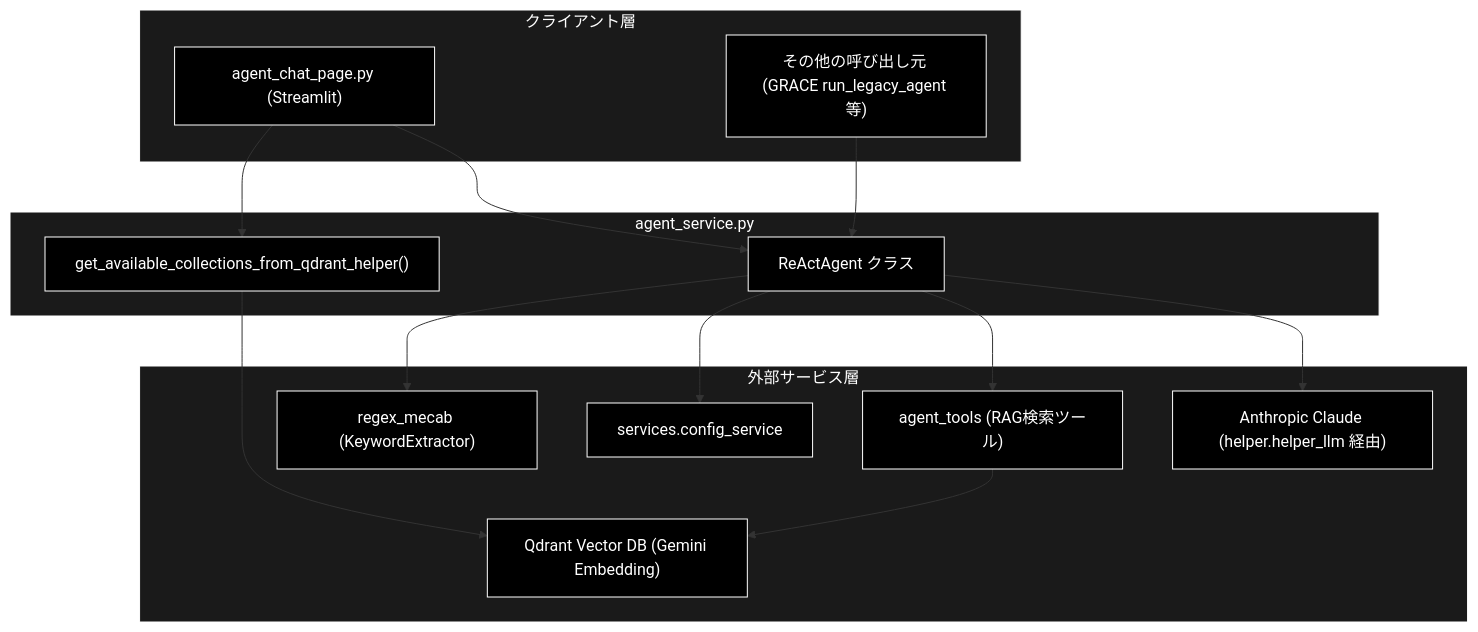
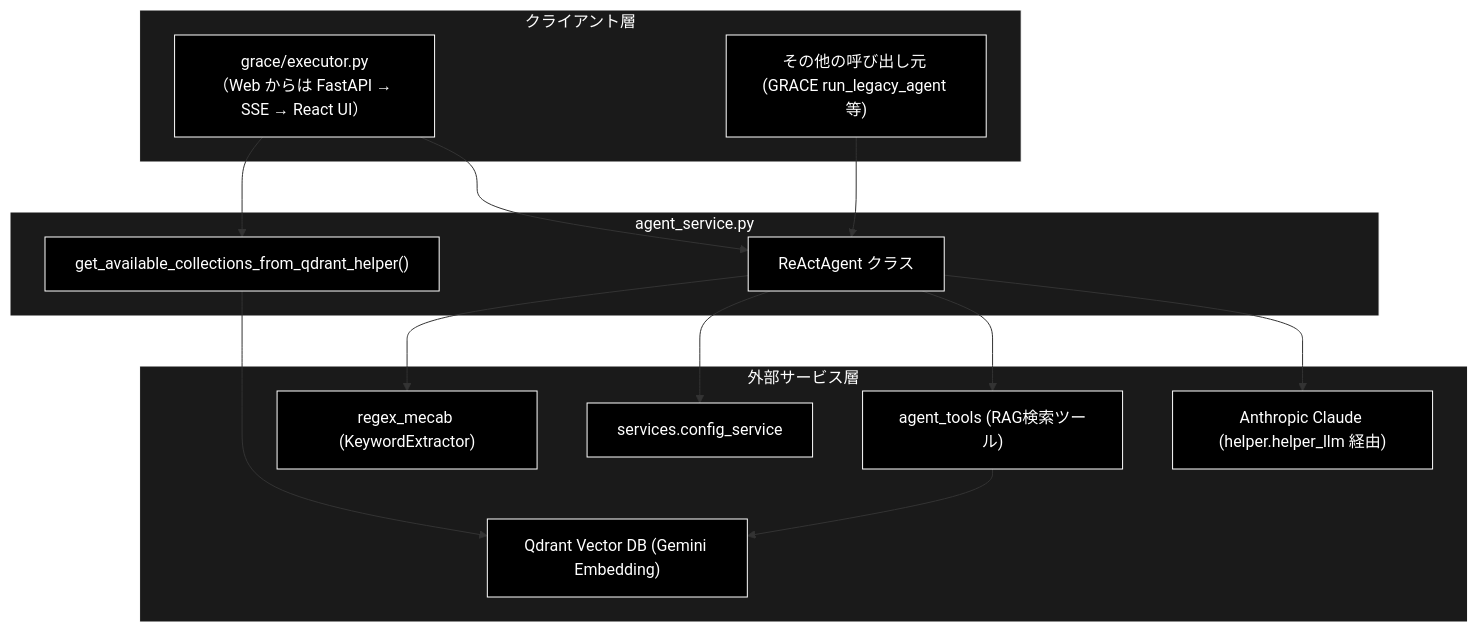
The first of 3 diagrams in services/docs/agent_service.md (nakashima2toshio/grace_v2), drawn with Mermaid before and after one commit. The commit also changed other lines of this file and 12 other files, not shown here.

````diff
--- a/services/docs/agent_service.md
+++ b/services/docs/agent_service.md
@@ -71,36 +71,36 @@
 ```mermaid
 flowchart TB
     subgraph CLIENT["クライアント層"]
-        UI["agent_chat_page.py (Streamlit)"]
+        UI["grace/executor.py<br>（Web からは FastAPI → SSE → React UI）"]
         OTHER["その他の呼び出し元 (GRACE run_legacy_agent 等)"]
     end
 
     subgraph MODULE["agent_service.py"]
         AGENT["ReActAgent クラス"]
         HELPER["get_available_collections_from_qdrant_helper()"]
     end
 
     subgraph EXTERNAL["外部サービス層"]
         LLM["Anthropic Claude (helper.helper_llm 経由)"]
         TOOLS["agent_tools (RAG検索ツール)"]
         QDRANT["Qdrant Vector DB (Gemini Embedding)"]
         CONFIG["services.config_service"]
         MECAB["regex_mecab (KeywordExtractor)"]
     end
 
     UI --> AGENT
     OTHER --> AGENT
     UI --> HELPER
     AGENT --> LLM
     AGENT --> TOOLS
     AGENT --> CONFIG
     AGENT --> MECAB
     TOOLS --> QDRANT
     HELPER --> QDRANT
 classDef default fill:#000,stroke:#fff,color:#fff
 classDef subgraphStyle fill:#1a1a1a,stroke:#fff,color:#fff
 class UI,OTHER,AGENT,HELPER,LLM,TOOLS,QDRANT,CONFIG,MECAB default
 style CLIENT fill:#1a1a1a,stroke:#fff,color:#fff
 style MODULE fill:#1a1a1a,stroke:#fff,color:#fff
 style EXTERNAL fill:#1a1a1a,stroke:#fff,color:#fff
 ```
````
